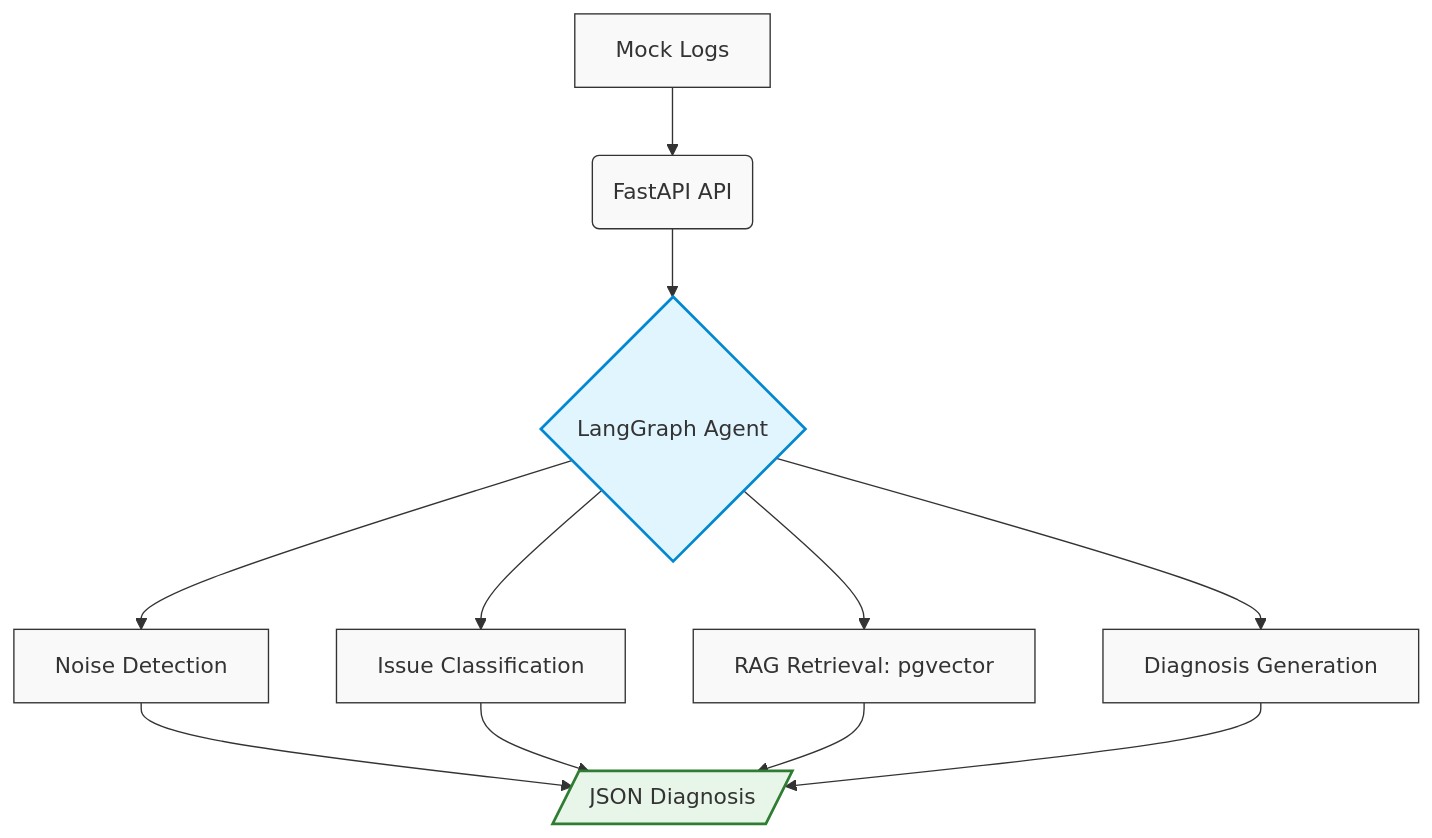
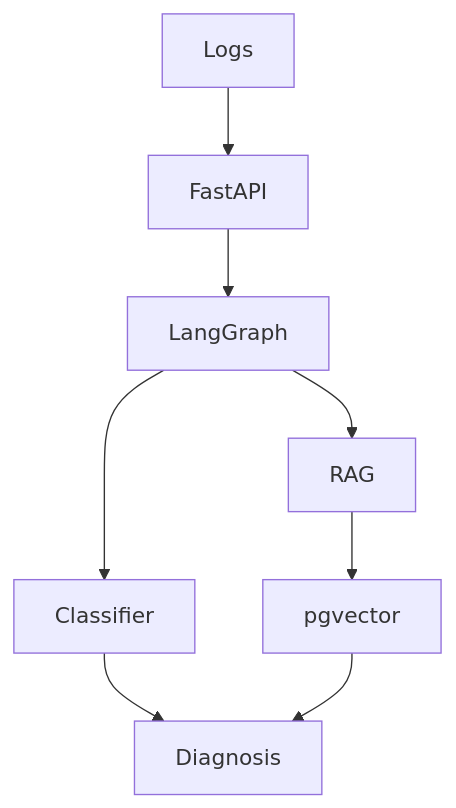
The diagram in README.md (shaurya10n/log-diagnosis-agent), drawn with Mermaid before and after one commit.

Commit message:
update graph

````diff
--- a/README.md
+++ b/README.md
@@ -16,33 +16,17 @@
 ```mermaid
 graph TD
-    A[Mock Logs]
-    B(FastAPI API)
-    C{LangGraph Agent}
 
-    D[Noise Detection]
-    E[Issue Classification]
-    F[RAG Retrieval: pgvector]
-    G[Diagnosis Generation]
+A[Logs] --> B[FastAPI]
 
-    H[/JSON Diagnosis/]
+B --> C[LangGraph]
 
-    A --> B
-    B --> C
+C --> D[Classifier]
 
-    C --> D
-    C --> E
-    C --> F
-    C --> G
+C --> E[RAG]
 
-    D --> H
-    E --> H
-    F --> H
-    G --> H
+E --> F[pgvector]
 
-    classDef default fill:#f9f9f9,stroke:#333,stroke-width:1px;
-    classDef agent fill:#e1f5fe,stroke:#0288d1,stroke-width:2px;
-    classDef output fill:#e8f5e9,stroke:#2e7d32,stroke-width:2px;
+D --> G[Diagnosis]
 
-    class C agent;
-    class H output;
+F --> G
 ```
````
